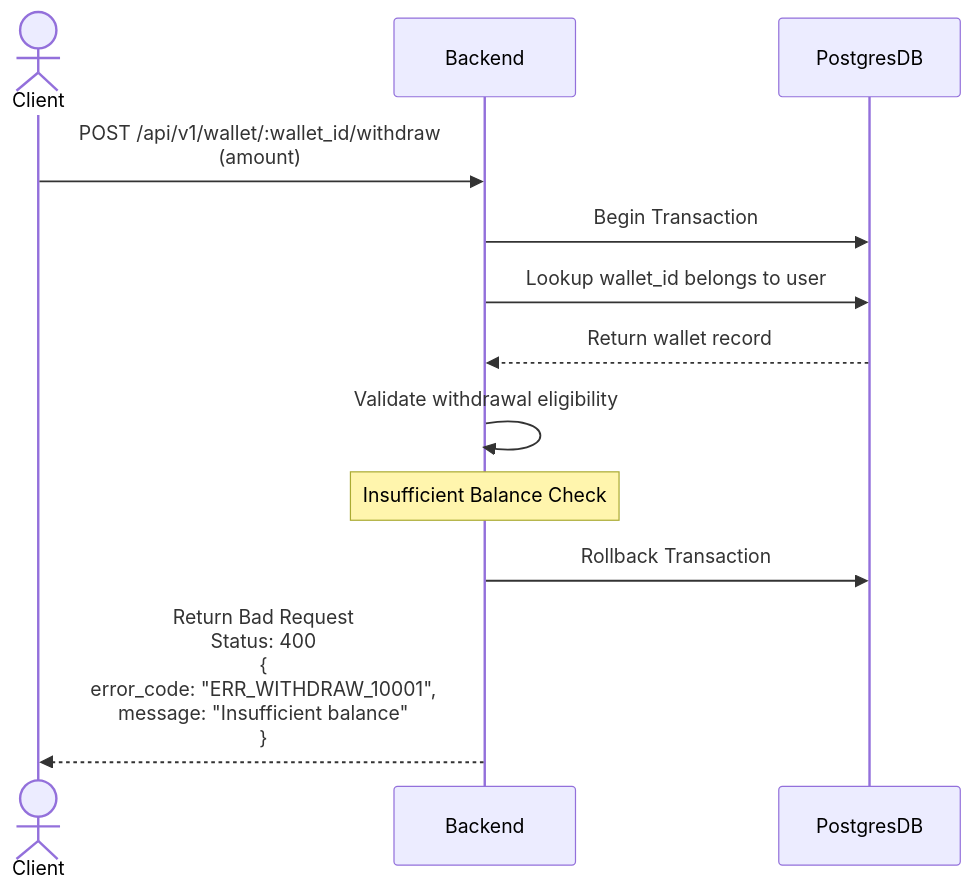
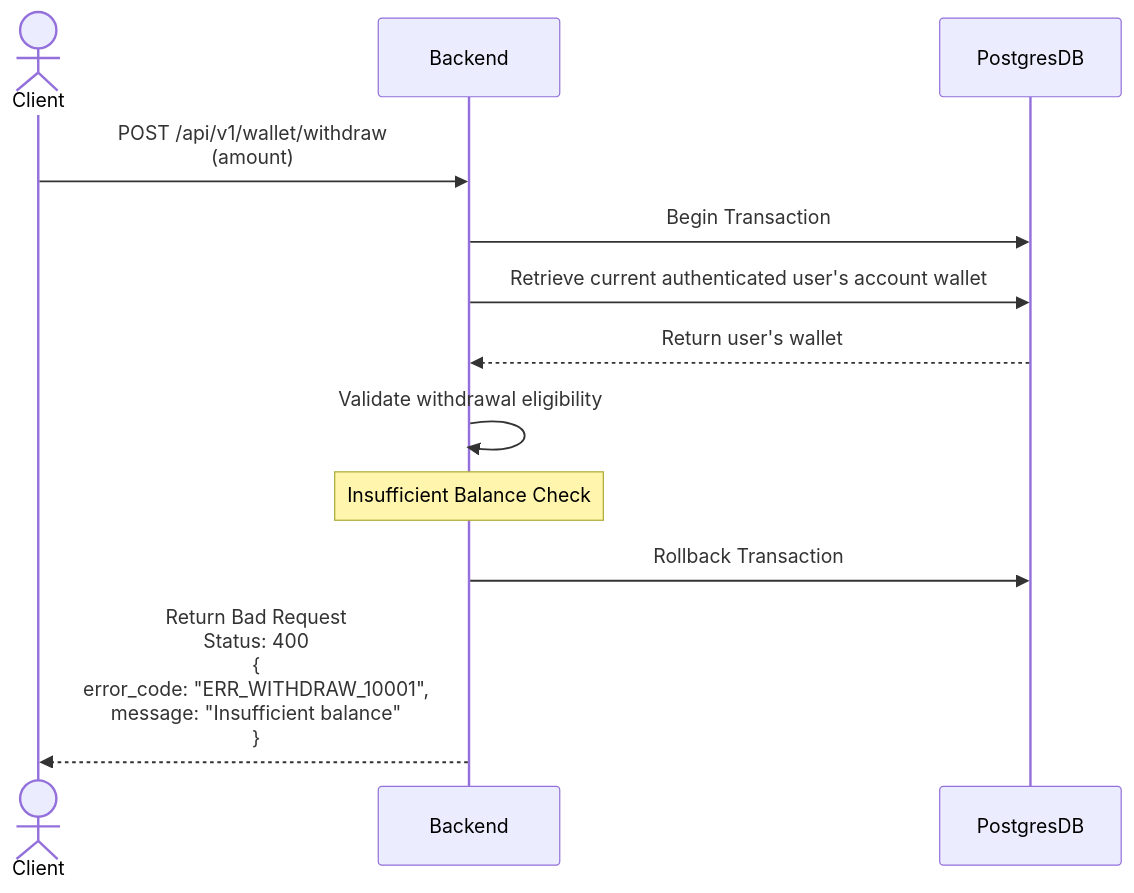
One commit to leeliwei930/walletassignment changed the second of 3 diagrams in docs/scenarios/withdraw_money.md. Above: the diagram before and after it, drawn with Mermaid. The commit also changed other lines of this file and 6 other files, not shown here.

Commit message:
Update authentication method in README and scenarios to use X-PHONE-NUMBER header; add OpenAPI documentation for wallet API endpoints and scenarios for deposit, withdrawal, and transfer operations.

````diff
--- a/docs/scenarios/withdraw_money.md
+++ b/docs/scenarios/withdraw_money.md
@@ -23,15 +23,15 @@
 ```mermaid
 sequenceDiagram
     actor Client
     participant Backend
     participant PostgresDB
 
-    Client->>Backend: POST /api/v1/wallet/:wallet_id/withdraw<br/>(amount)
+    Client->>Backend: POST /api/v1/wallet/withdraw<br/>(amount)
     Backend->>PostgresDB: Begin Transaction
-    Backend->>PostgresDB: Lookup wallet_id belongs to user
-    PostgresDB-->>Backend: Return wallet record
+     Backend->>PostgresDB: Retrieve current authenticated user's account wallet
+    PostgresDB-->>Backend: Return user's wallet
     Backend->>Backend: Validate withdrawal eligibility
     Note over Backend: Insufficient Balance Check
     Backend->>PostgresDB: Rollback Transaction
     Backend-->>Client: Return Bad Request<br/>Status: 400<br/>{<br/>error_code: "ERR_WITHDRAW_10001",<br/>message: "Insufficient balance"<br/>}
 ```
````
